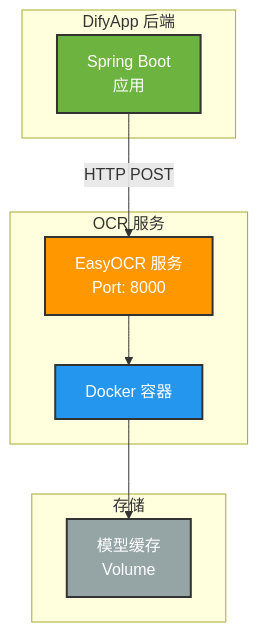
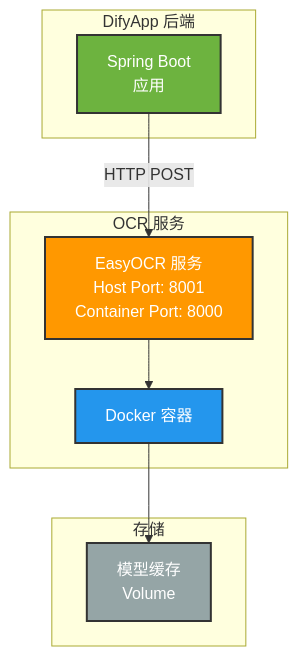
The first of 2 diagrams in easy_ocr/deploy.md (NanoAgentCode/DifyApp), drawn with Mermaid before and after one commit. The commit also changed other lines of this file and 7 other files, not shown here.

````diff
--- a/easy_ocr/deploy.md
+++ b/easy_ocr/deploy.md
@@ -5,24 +5,24 @@
 ```mermaid
 graph TB
     subgraph "DifyApp 后端"
         Backend[Spring Boot<br/>应用]
     end
     
     subgraph "OCR 服务"
-        EasyOCR[EasyOCR 服务<br/>Port: 8000]
+        EasyOCR[EasyOCR 服务<br/>Host Port: 8001<br/>Container Port: 8000]
         Docker[Docker 容器]
     end
     
     subgraph "存储"
         Models[模型缓存<br/>Volume]
     end
     
     Backend -->|HTTP POST| EasyOCR
     EasyOCR --> Docker
     Docker --> Models
     
     style Backend fill:#6db33f,stroke:#333,stroke-width:2px,color:#fff
     style EasyOCR fill:#ff9800,stroke:#333,stroke-width:2px,color:#fff
     style Docker fill:#2496ed,stroke:#333,stroke-width:2px,color:#fff
     style Models fill:#95a5a6,stroke:#333,stroke-width:2px,color:#fff
 ```
````
